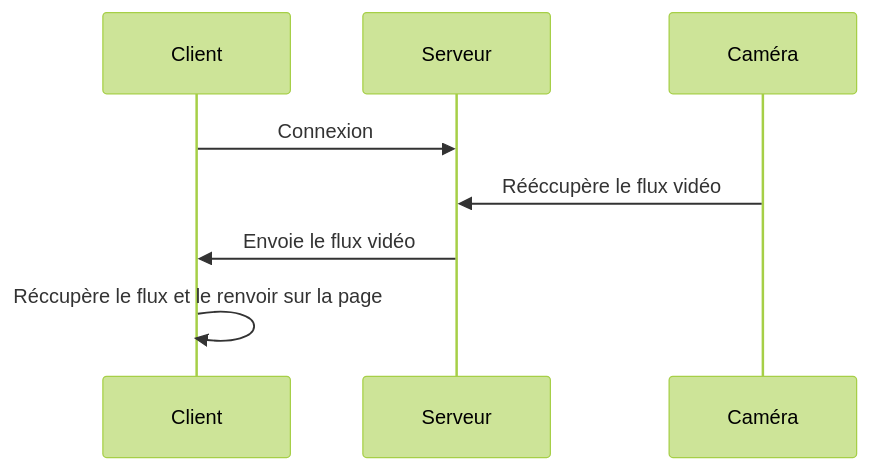
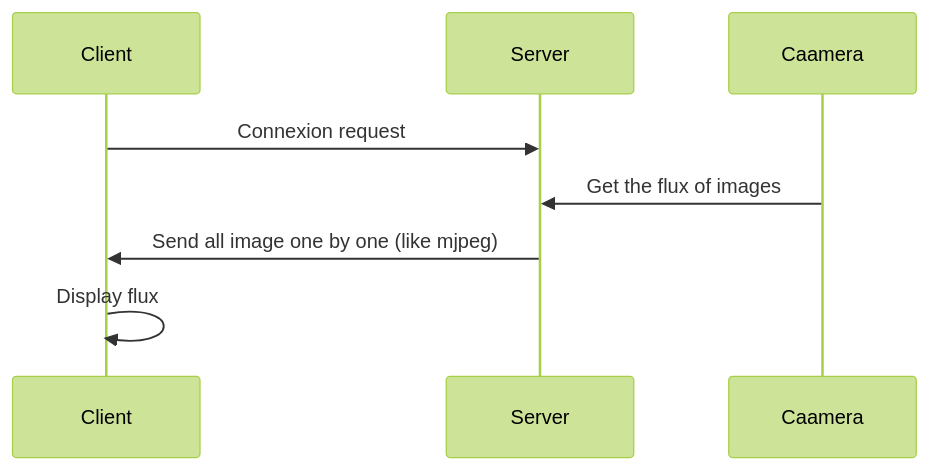
One commit to athomsAF/camera_app changed the diagram in sphinx/source/example.md. Above: the diagram before and after it, drawn with Mermaid (forest theme). The commit also changed other lines of this file and 10 other files, not shown here.

````diff
--- a/sphinx/source/example.md
+++ b/sphinx/source/example.md
@@ -6,9 +5,9 @@
 ```{mermaid}
 sequenceDiagram
 
-    Client->>Serveur: Connexion
-    Caméra->>Serveur: Rééccupère le flux vidéo
-    Serveur->>Client: Envoie le flux vidéo
-    Client->>Client: Réccupère le flux et le renvoir sur la page
+    Client->>Server: Connexion request
+    Caamera->>Server: Get the flux of images
+    Server->>Client: Send all image one by one (like mjpeg)
+    Client->>Client: Display flux
 
 ```
````
